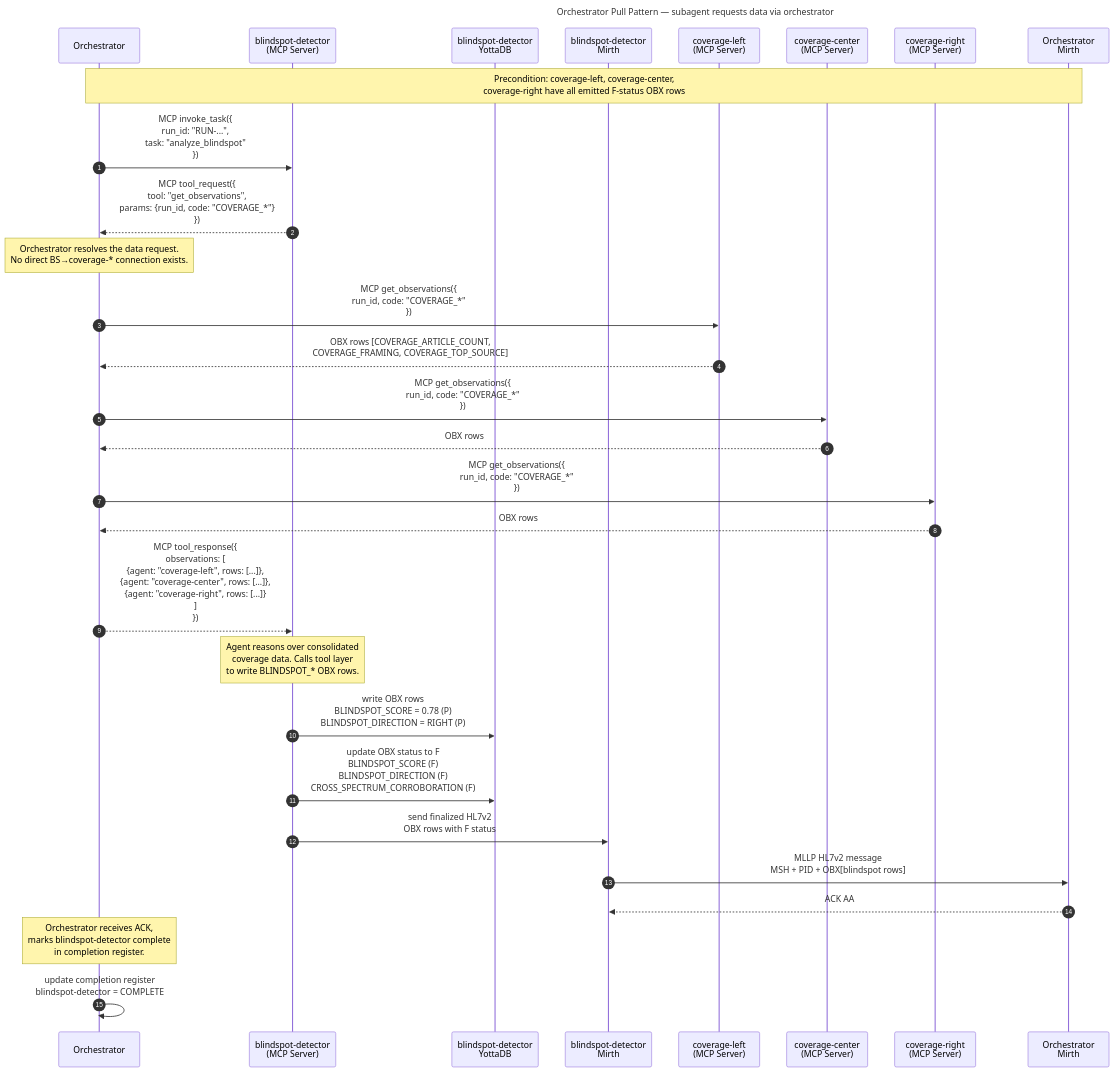
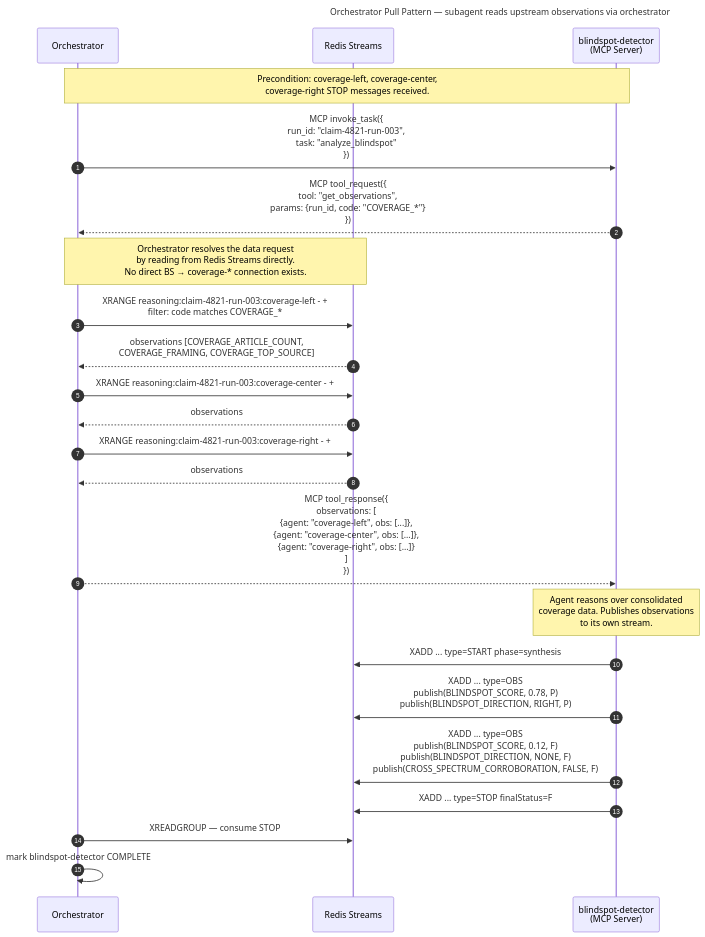
Before and after one commit to jzallen/swarm-reasoning: the diagram in docs/diagrams/sequence/seq-orchestrator-pull.mermaid, drawn with Mermaid. The commit also changed 16 other files, not shown here.

First line of the commit message:
refactor(arch): replace HL7v2/YottaDB/Mirth with JSON/Redis Streams

```diff
--- a/docs/diagrams/sequence/seq-orchestrator-pull.mermaid
+++ b/docs/diagrams/sequence/seq-orchestrator-pull.mermaid
@@ -1,49 +1,41 @@
 ---
-title: Orchestrator Pull Pattern — subagent requests data via orchestrator
+title: Orchestrator Pull Pattern — subagent reads upstream observations via orchestrator
 ---
 sequenceDiagram
     autonumber
 
     participant ORC as Orchestrator
+    participant REDIS as Redis Streams
     participant BS as blindspot-detector<br/>(MCP Server)
-    participant BS_YDB as blindspot-detector<br/>YottaDB
-    participant BS_MIRTH as blindspot-detector<br/>Mirth
-    participant CL_MCP as coverage-left<br/>(MCP Server)
-    participant CC_MCP as coverage-center<br/>(MCP Server)
-    participant CR_MCP as coverage-right<br/>(MCP Server)
-    participant OMIRTH as Orchestrator<br/>Mirth
 
-    Note over ORC,OMIRTH: Precondition: coverage-left, coverage-center,<br/>coverage-right have all emitted F-status OBX rows
+    Note over ORC,BS: Precondition: coverage-left, coverage-center,<br/>coverage-right STOP messages received.
 
-    ORC->>BS: MCP invoke_task({<br/>  run_id: "RUN-...",<br/>  task: "analyze_blindspot"<br/>})
+    ORC->>BS: MCP invoke_task({<br/>  run_id: "claim-4821-run-003",<br/>  task: "analyze_blindspot"<br/>})
 
     BS-->>ORC: MCP tool_request({<br/>  tool: "get_observations",<br/>  params: {run_id, code: "COVERAGE_*"}<br/>})
 
-    Note over ORC: Orchestrator resolves the data request.<br/>No direct BS→coverage-* connection exists.
+    Note over ORC,REDIS: Orchestrator resolves the data request<br/>by reading from Redis Streams directly.<br/>No direct BS → coverage-* connection exists.
 
-    ORC->>CL_MCP: MCP get_observations({<br/>  run_id, code: "COVERAGE_*"<br/>})
-    CL_MCP-->>ORC: OBX rows [COVERAGE_ARTICLE_COUNT,<br/>COVERAGE_FRAMING, COVERAGE_TOP_SOURCE]
+    ORC->>REDIS: XRANGE reasoning:claim-4821-run-003:coverage-left - +<br/>filter: code matches COVERAGE_*
+    REDIS-->>ORC: observations [COVERAGE_ARTICLE_COUNT,<br/>COVERAGE_FRAMING, COVERAGE_TOP_SOURCE]
 
-    ORC->>CC_MCP: MCP get_observations({<br/>  run_id, code: "COVERAGE_*"<br/>})
-    CC_MCP-->>ORC: OBX rows
+    ORC->>REDIS: XRANGE reasoning:claim-4821-run-003:coverage-center - +
+    REDIS-->>ORC: observations
 
-    ORC->>CR_MCP: MCP get_observations({<br/>  run_id, code: "COVERAGE_*"<br/>})
-    CR_MCP-->>ORC: OBX rows
+    ORC->>REDIS: XRANGE reasoning:claim-4821-run-003:coverage-right - +
+    REDIS-->>ORC: observations
 
-    ORC-->>BS: MCP tool_response({<br/>  observations: [<br/>    {agent: "coverage-left", rows: [...]},<br/>    {agent: "coverage-center", rows: [...]},<br/>    {agent: "coverage-right", rows: [...]}<br/>  ]<br/>})
+    ORC-->>BS: MCP tool_response({<br/>  observations: [<br/>    {agent: "coverage-left", obs: [...]},<br/>    {agent: "coverage-center", obs: [...]},<br/>    {agent: "coverage-right", obs: [...]}<br/>  ]<br/>})
 
-    Note over BS: Agent reasons over consolidated<br/>coverage data. Calls tool layer<br/>to write BLINDSPOT_* OBX rows.
+    Note over BS: Agent reasons over consolidated<br/>coverage data. Publishes observations<br/>to its own stream.
 
-    BS->>BS_YDB: write OBX rows<br/>BLINDSPOT_SCORE = 0.78 (P)<br/>BLINDSPOT_DIRECTION = RIGHT (P)
+    BS->>REDIS: XADD ... type=START phase=synthesis
 
-    BS->>BS_YDB: update OBX status to F<br/>BLINDSPOT_SCORE (F)<br/>BLINDSPOT_DIRECTION (F)<br/>CROSS_SPECTRUM_CORROBORATION (F)
+    BS->>REDIS: XADD ... type=OBS<br/>publish(BLINDSPOT_SCORE, 0.78, P)<br/>publish(BLINDSPOT_DIRECTION, RIGHT, P)
 
-    BS->>BS_MIRTH: send finalized HL7v2<br/>OBX rows with F status
+    BS->>REDIS: XADD ... type=OBS<br/>publish(BLINDSPOT_SCORE, 0.12, F)<br/>publish(BLINDSPOT_DIRECTION, NONE, F)<br/>publish(CROSS_SPECTRUM_CORROBORATION, FALSE, F)
 
-    BS_MIRTH->>OMIRTH: MLLP HL7v2 message<br/>MSH + PID + OBX[blindspot rows]
+    BS->>REDIS: XADD ... type=STOP finalStatus=F
 
-    OMIRTH-->>BS_MIRTH: ACK AA
-
-    Note over ORC: Orchestrator receives ACK,<br/>marks blindspot-detector complete<br/>in completion register.
-
-    ORC->>ORC: update completion register<br/>blindspot-detector = COMPLETE
+    ORC->>REDIS: XREADGROUP — consume STOP
+    ORC->>ORC: mark blindspot-detector COMPLETE
```
